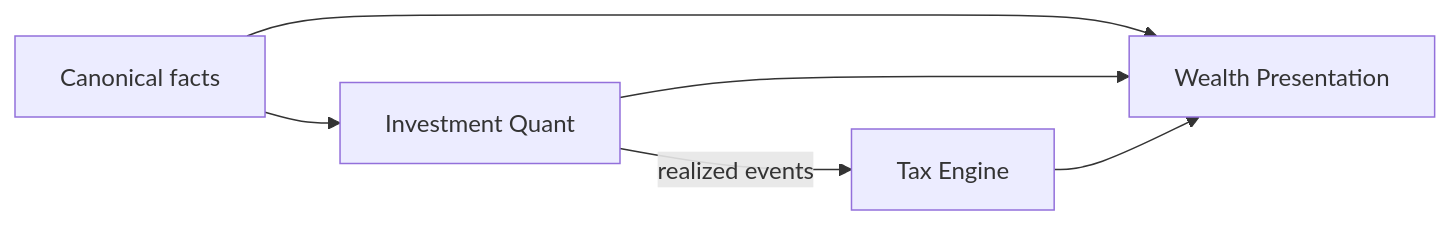
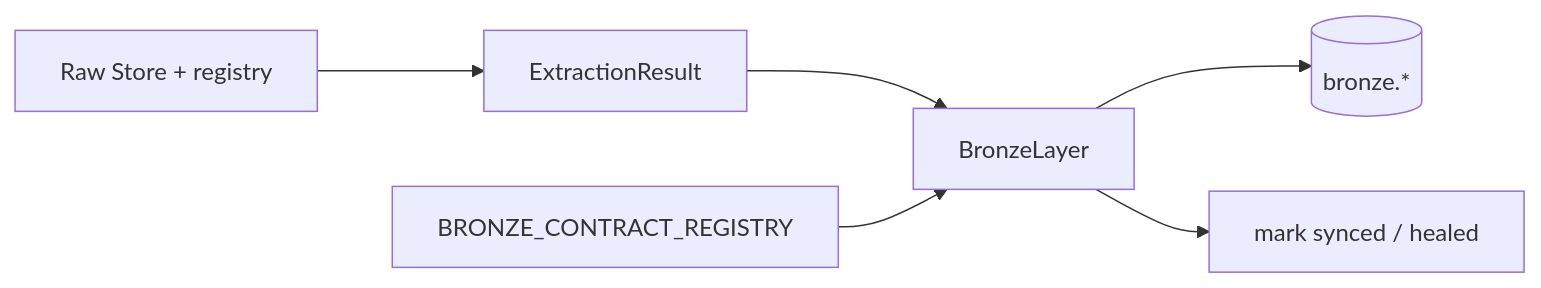
One commit to tks18/personal-finance-etl changed the sixth of 16 diagrams in docs/architecture/system-architecture.md. Above: the diagram before and after it, drawn with Mermaid. The commit also changed other lines of this file and 10 other files, not shown here.

Commit message:
docs: update docs/architecture for latest version

````diff
--- a/docs/architecture/system-architecture.md
+++ b/docs/architecture/system-architecture.md
@@ -207,8 +233,8 @@
 ```mermaid
 flowchart LR
-    BASE[Canonical facts] --> Q[Investment Quant]
-    Q -->|realized events| T[Tax Engine]
-    BASE --> W[Wealth Presentation]
-    Q --> W
-    T --> W
+    CP[Raw Store + registry] --> EX[ExtractionResult]
+    EX --> B[BronzeLayer]
+    REG[BRONZE_CONTRACT_REGISTRY] --> B
+    B --> DB[(bronze.*)]
+    B --> CP2[mark synced / healed]
 ```
````
